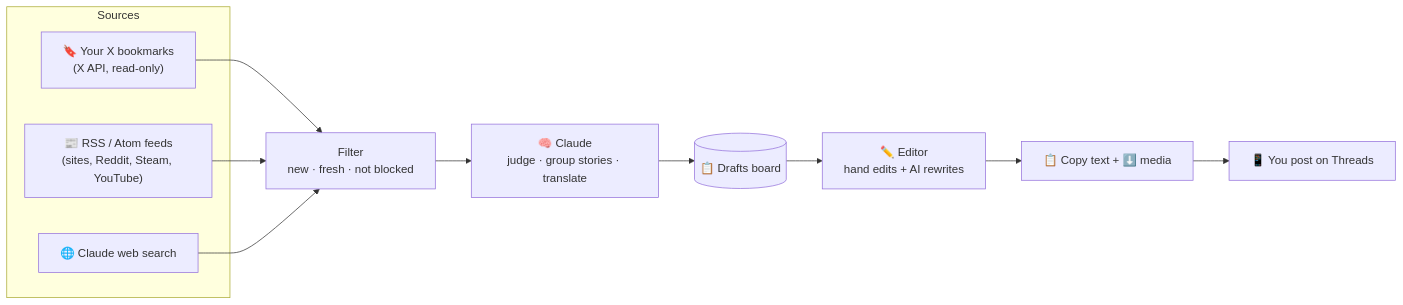
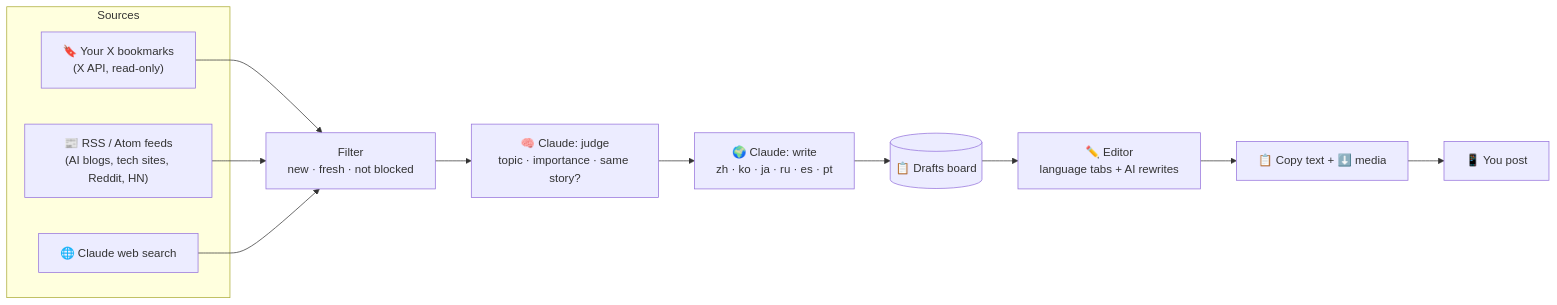
One commit to RamazanBolatkhan/content_machine changed the diagram in README.md. Above: the diagram before and after it, drawn with Mermaid. The commit also changed other lines of this file and 23 other files, not shown here.

````diff
--- a/README.md
+++ b/README.md
@@ -38,17 +40,18 @@
 ```mermaid
 flowchart LR
     subgraph Sources
         B["🔖 Your X bookmarks<br/>(X API, read-only)"]
-        R["📰 RSS / Atom feeds<br/>(sites, Reddit, Steam, YouTube)"]
+        R["📰 RSS / Atom feeds<br/>(AI blogs, tech sites, Reddit, HN)"]
         W["🌐 Claude web search"]
     end
 
     B --> F["Filter<br/>new · fresh · not blocked"]
     R --> F
     W --> F
-    F --> AI["🧠 Claude<br/>judge · group stories · translate"]
-    AI --> D[("📋 Drafts board")]
-    D --> E["✏️ Editor<br/>hand edits + AI rewrites"]
+    F --> J["🧠 Claude: judge<br/>topic · importance · same story?"]
+    J --> L["🌍 Claude: write<br/>zh · ko · ja · ru · es · pt"]
+    L --> D[("📋 Drafts board")]
+    D --> E["✏️ Editor<br/>language tabs + AI rewrites"]
     E --> Y["📋 Copy text + ⬇️ media"]
-    Y --> T["📱 You post on Threads"]
+    Y --> T["📱 You post"]
 ```
````
